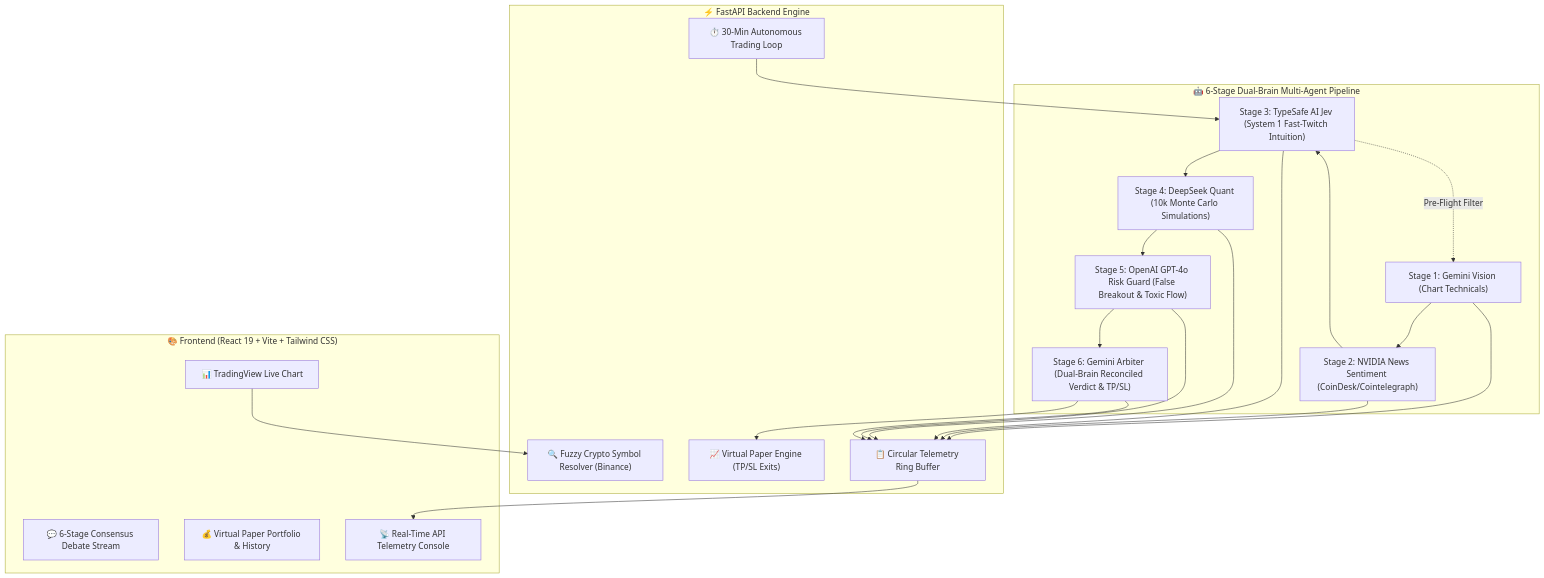
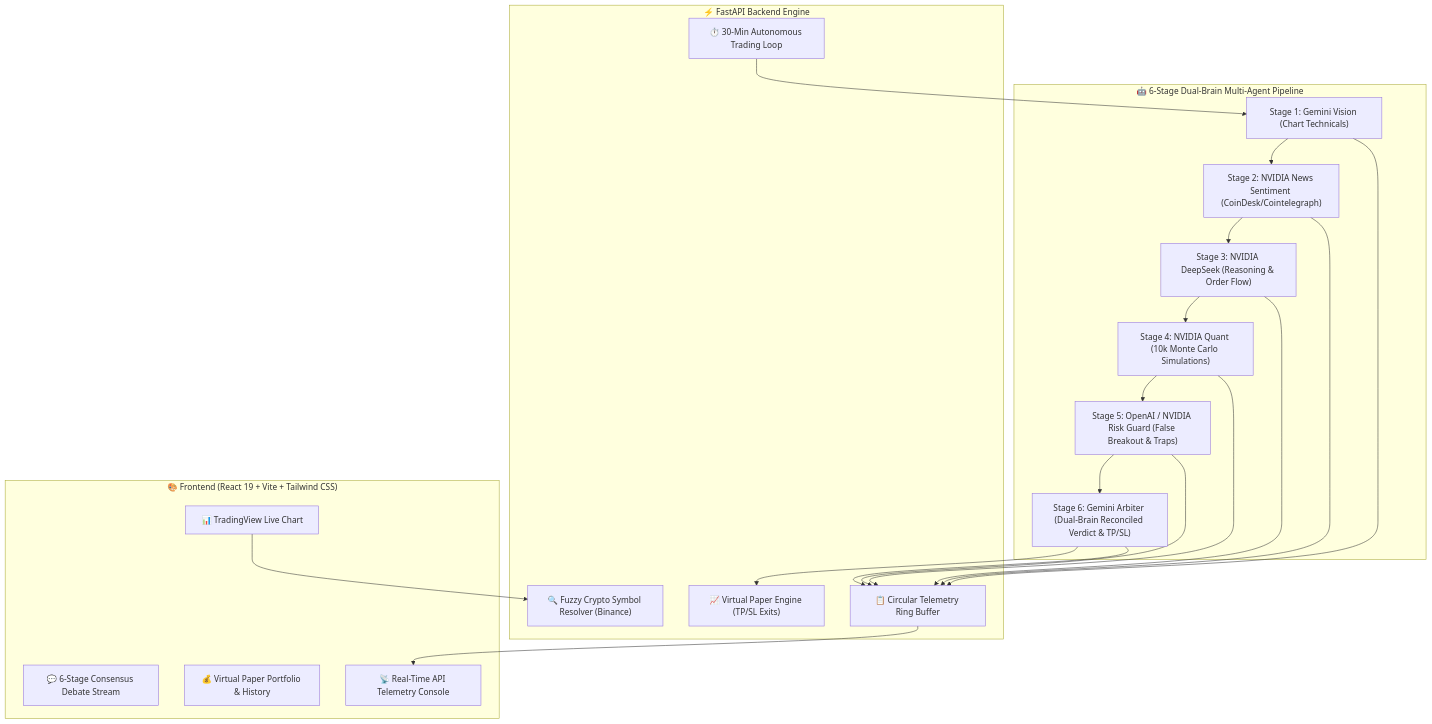
Before and after one commit to swastik2012/Crypto-Bot: the diagram in README.md, drawn with Mermaid. The commit also changed other lines of this file and 31 other files, not shown here.

Commit message:
refactor: replace system-one Jev stage with NVIDIA DeepSeek reasoning agent across backend and frontend

````diff
--- a/README.md
+++ b/README.md
@@ -97,33 +97,32 @@
 ```mermaid
 flowchart TD
     subgraph UI ["🎨 Frontend (React 19 + Vite + Tailwind CSS)"]
         TVChart["📊 TradingView Live Chart"]
         DebateHUD["💬 6-Stage Consensus Debate Stream"]
         PaperUI["💰 Virtual Paper Portfolio & History"]
         TelemetryUI["📡 Real-Time API Telemetry Console"]
     end
 
     subgraph Backend ["⚡ FastAPI Backend Engine"]
         Resolver["🔍 Fuzzy Crypto Symbol Resolver (Binance)"]
         PaperEngine["📈 Virtual Paper Engine (TP/SL Exits)"]
         Scheduler["⏱️ 30-Min Autonomous Trading Loop"]
         TelemetryStore["📋 Circular Telemetry Ring Buffer"]
     end
 
     subgraph Consensus ["🤖 6-Stage Dual-Brain Multi-Agent Pipeline"]
         S1["Stage 1: Gemini Vision (Chart Technicals)"]
         S2["Stage 2: NVIDIA News Sentiment (CoinDesk/Cointelegraph)"]
-        S3["Stage 3: TypeSafe AI Jev (System 1 Fast-Twitch Intuition)"]
-        S4["Stage 4: DeepSeek Quant (10k Monte Carlo Simulations)"]
-        S5["Stage 5: OpenAI GPT-4o Risk Guard (False Breakout & Toxic Flow)"]
+        S3["Stage 3: NVIDIA DeepSeek (Reasoning & Order Flow)"]
+        S4["Stage 4: NVIDIA Quant (10k Monte Carlo Simulations)"]
+        S5["Stage 5: OpenAI / NVIDIA Risk Guard (False Breakout & Traps)"]
         S6["Stage 6: Gemini Arbiter (Dual-Brain Reconciled Verdict & TP/SL)"]
     end
 
     TVChart --> Resolver
-    Scheduler --> S3
-    S3 -.->|Pre-Flight Filter| S1
+    Scheduler --> S1
     S1 --> S2 --> S3 --> S4 --> S5 --> S6
     S6 --> PaperEngine
     S1 & S2 & S3 & S4 & S5 & S6 --> TelemetryStore
     TelemetryStore --> TelemetryUI
 ```
````
